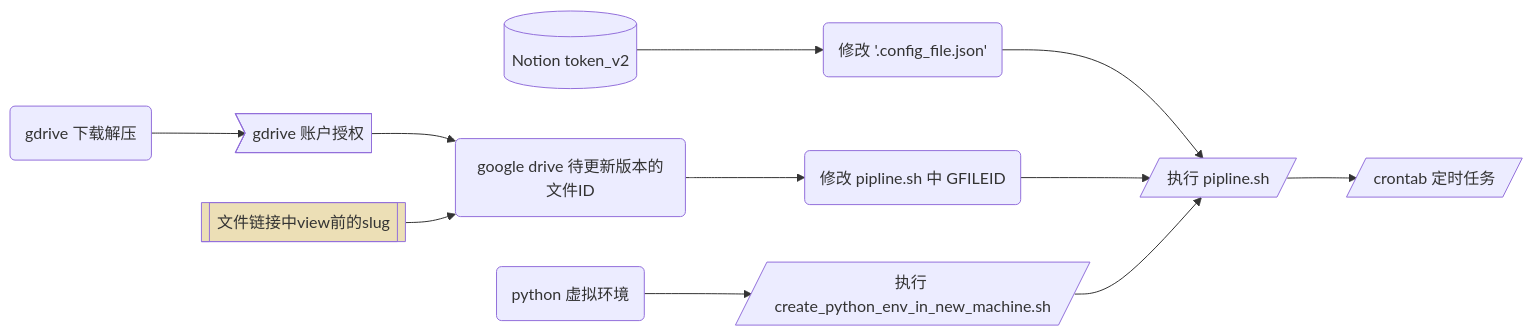
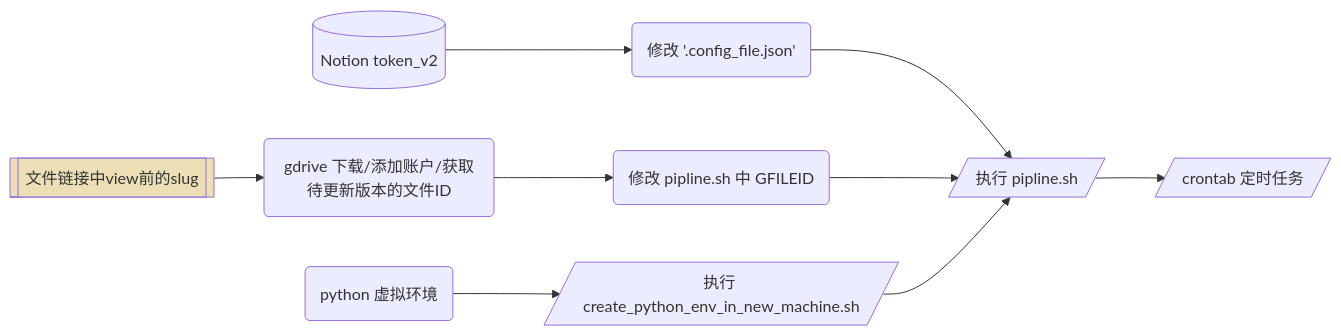
The diagram in README.md (dario-github/notion_auto_backup), drawn with Mermaid before and after one commit. The commit also changed other lines of this file, not shown here.

````diff
--- a/README.md
+++ b/README.md
@@ -12,15 +12,15 @@
 ```mermaid
 flowchart LR
     A[(Notion token_v2)] --> A1(修改 '.config_file.json')
-    B(gdrive 下载解压) --> B1>gdrive 账户授权] --> B2(google drive 待更新版本的文件ID) -->B3(修改 pipline.sh 中 GFILEID)
+    B(gdrive 下载/添加账户/获取待更新版本的文件ID) -->B1(修改 pipline.sh 中 GFILEID)
     C(python 虚拟环境) --> C1[/执行 create_python_env_in_new_machine.sh/]
-    B22[[文件链接中view前的slug]] --> B2
-    A1 & B3 & C1 --> D[/执行 pipline.sh/]
+    B0[[文件链接中view前的slug]] --> B
+    A1 & B1 & C1 --> D[/执行 pipline.sh/]
     D --> E[/crontab 定时任务/]
 
-    style B22 fill:#ecdfb6
+    style B0 fill:#ecdfb6
     
-    click A "https://github.com/dario-github/notion_backup#获取Notion-token_v2" _self
-    click B "https://github.com/dario-github/notion_backup#获取Notion-token_v2" _parent
-    click C "https://github.com/dario-github/notion_backup#获取Notion-token_v2" _top
+    click A "https://github.com/dario-github/notion_backup#%E8%8E%B7%E5%8F%96notion-token_v2" _self
+    click B "https://github.com/dario-github/notion_backup/edit/master/README.md#gdrive-%E7%8E%AF%E5%A2%83" _self
+    click E "https://github.com/dario-github/notion_backup#%E8%AE%BE%E7%BD%AE%E5%AE%9A%E6%9C%9F%E6%89%A7%E8%A1%8C" _self
 ```
````
